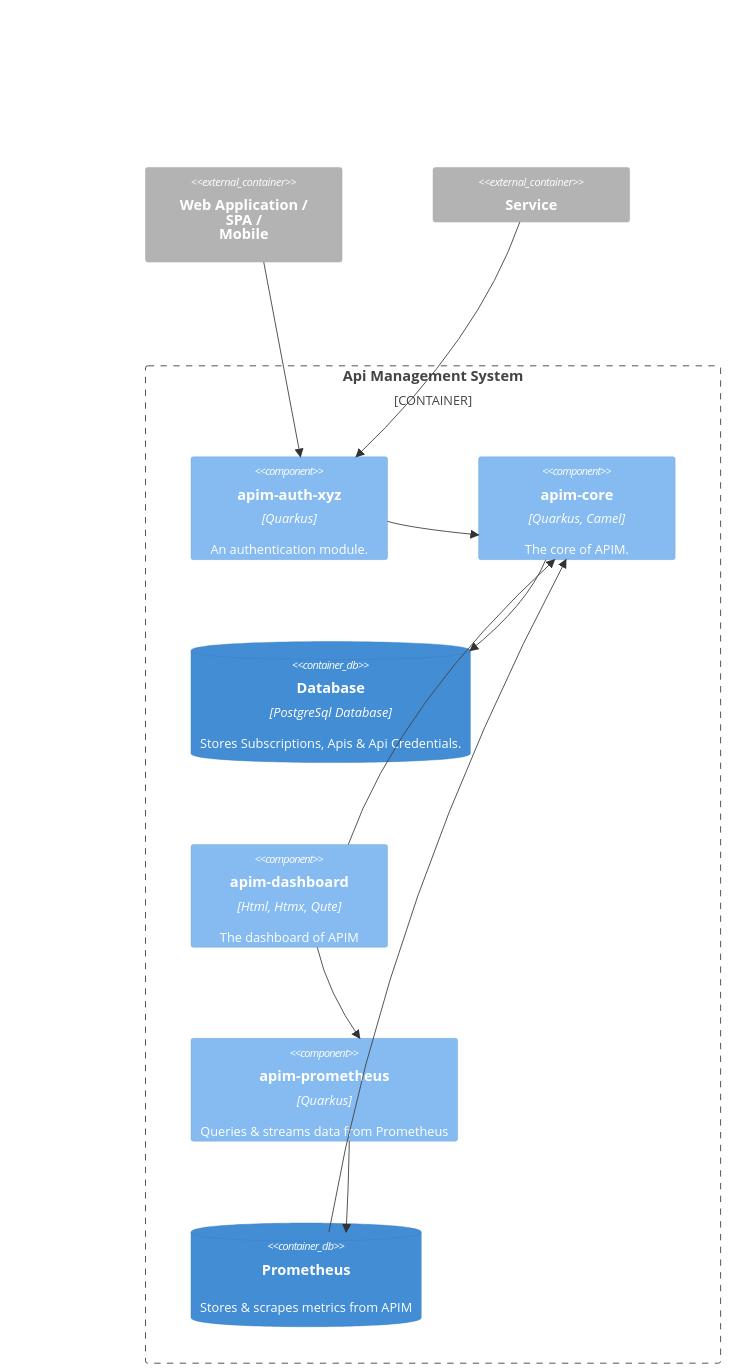
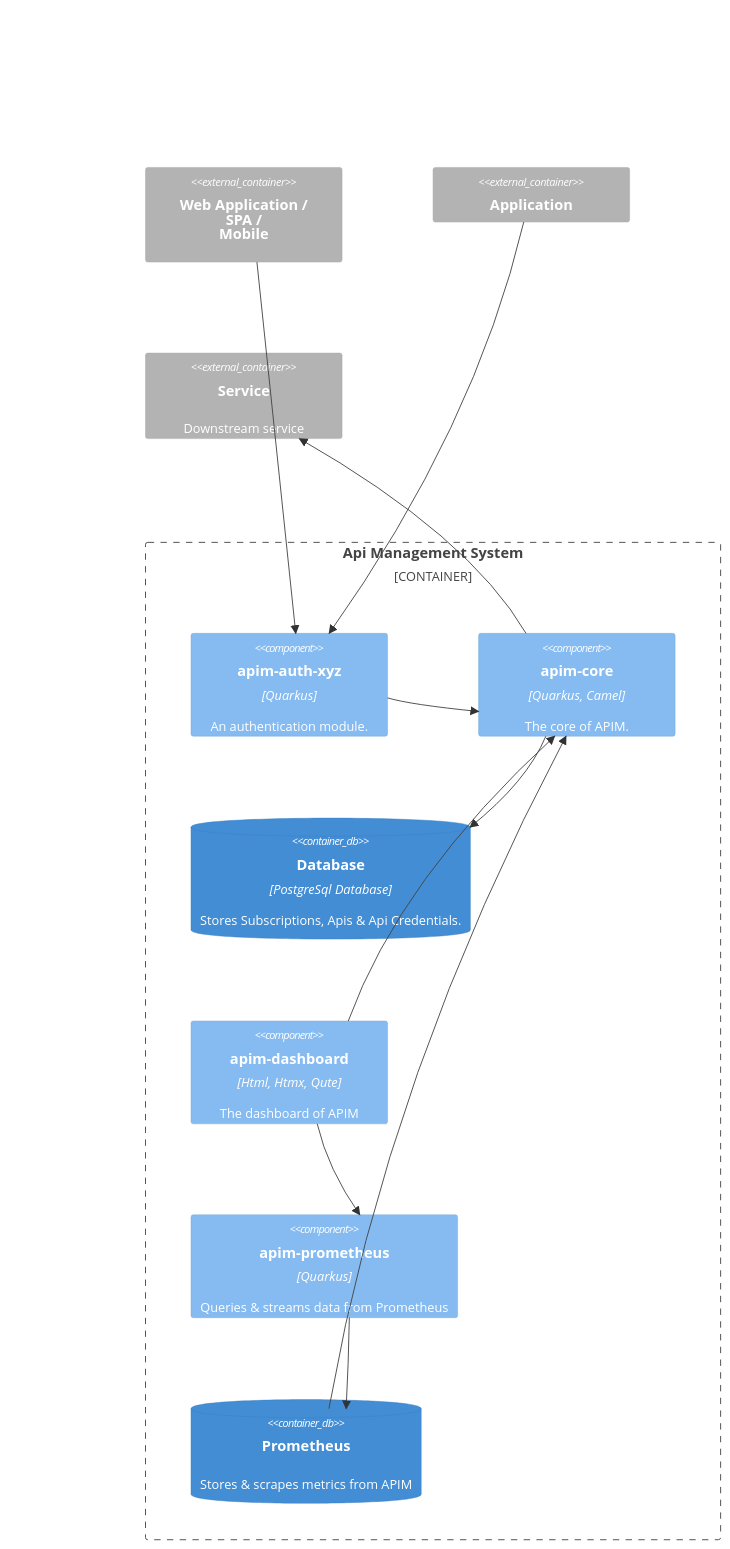
One commit to Serkan80/api-management changed the first of 3 diagrams in README.md. Above: the diagram before and after it, drawn with Mermaid.

````diff
--- a/README.md
+++ b/README.md
@@ -49,26 +49,28 @@
 ```mermaid
         C4Container
   Container_Ext(web_app, "<br/><br/>Web Application /<br/>SPA /<br/>Mobile", "", "")
-  Container_Ext(service, "Service", "", "")
+  Container_Ext(service, "Application", "", "")
+  Container_Ext(backend, "Service", "", "Downstream service")
   
   Container_Boundary(c1, "Api Management System") {
     Component(apim-auth, "apim-auth-xyz", "Quarkus", "An authentication module.")
     Component(apim, "apim-core", "Quarkus, Camel", "The core of APIM.")
     ContainerDb(db, "Database", "PostgreSql Database", "Stores Subscriptions, Apis & Api Credentials.")
     Component(dashboard, "apim-dashboard", "Html, Htmx, Qute", "The dashboard of APIM")
     Component(apim-prom, "apim-prometheus", "Quarkus", "Queries & streams data from Prometheus")
     ContainerDb(prom, "Prometheus", "", "Stores & scrapes metrics from APIM")
   }
 
   Rel(web_app, apim-auth, "", "")
   Rel(service, apim-auth, "", "")
   Rel(prom, apim, "", "")
   Rel(apim-prom, prom, "", "")
   Rel(apim-auth, apim, "", "")
   Rel(apim, db, "", "")
   Rel(dashboard, apim, "", "")
   Rel(dashboard, apim-prom, "", "")
+  Rel(apim, backend, "", "")
   
   UpdateRelStyle(dashboard, apim-prom, $textColor="red", $offsetX="0", $offsetY="140")
   UpdateLayoutConfig($c4ShapeInRow="3", $c4BoundaryInRow="1")
 ```
````
